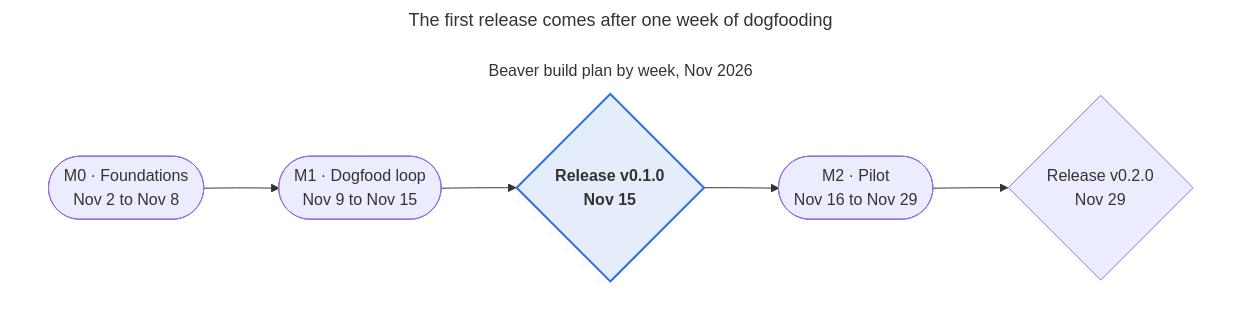
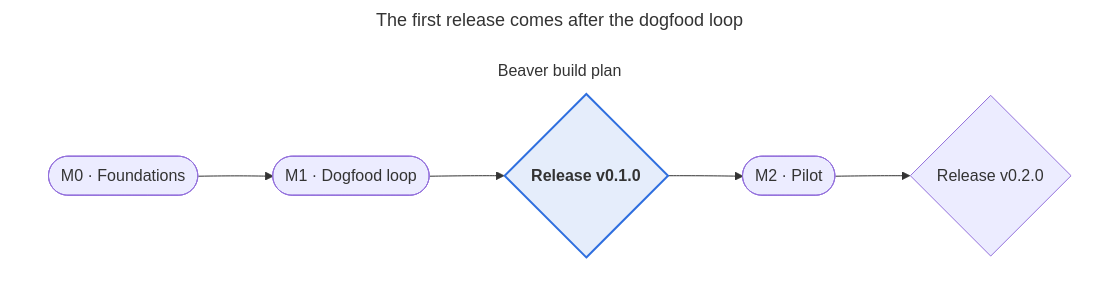
The diagram in docs/build-plan.md (prabakaranc98/project-beaver), drawn with Mermaid before and after one commit. The commit also changed other lines of this file and 41 other files, not shown here.

First line of the commit message:
feat: make Beaver AI-first and align the docs with every decision

````diff
--- a/docs/build-plan.md
+++ b/docs/build-plan.md
@@ -28,20 +28,20 @@
 ```mermaid
 ---
-title: "The first release comes after one week of dogfooding"
+title: "The first release comes after the dogfood loop"
 ---
 flowchart LR
-    subgraph plan["Beaver build plan by week, Nov 2026"]
+    subgraph plan["Beaver build plan"]
         direction LR
-        m0(["M0 · Foundations<br/>Nov 2 to Nov 8"])
-        m1(["M1 · Dogfood loop<br/>Nov 9 to Nov 15"])
-        v01{"<b>Release v0.1.0<br/>Nov 15</b>"}
-        m2(["M2 · Pilot<br/>Nov 16 to Nov 29"])
-        v02{"Release v0.2.0<br/>Nov 29"}
+        m0(["M0 · Foundations"])
+        m1(["M1 · Dogfood loop"])
+        v01{"<b>Release v0.1.0</b>"}
+        m2(["M2 · Pilot"])
+        v02{"Release v0.2.0"}
     end
 
     m0 --> m1 --> v01 --> m2 --> v02
 
     classDef accent fill:#2f6fdf,fill-opacity:0.12,stroke:#2f6fdf,stroke-width:2px
     class v01 accent
     style plan fill:none,stroke:none
 ```
````
